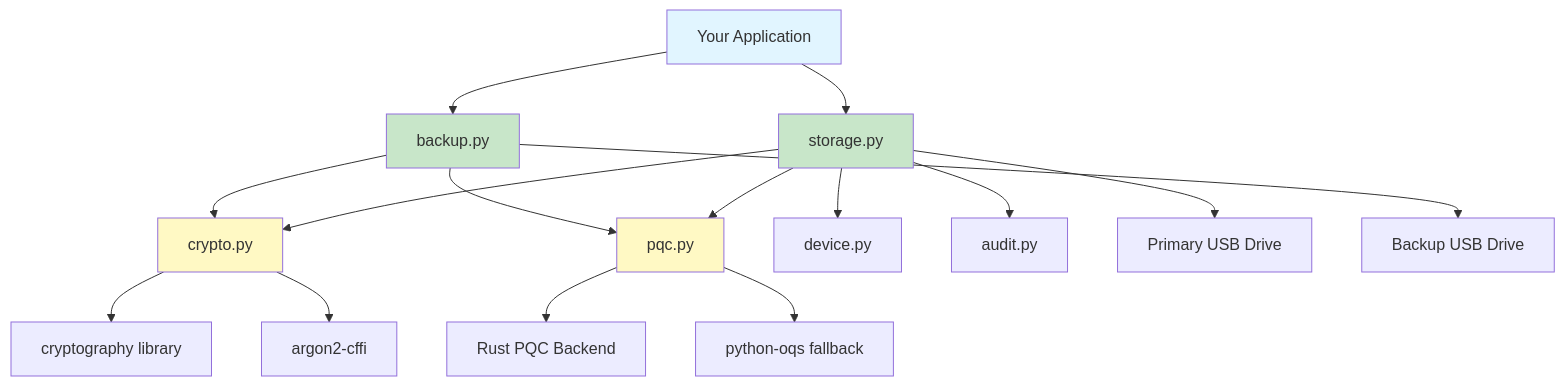
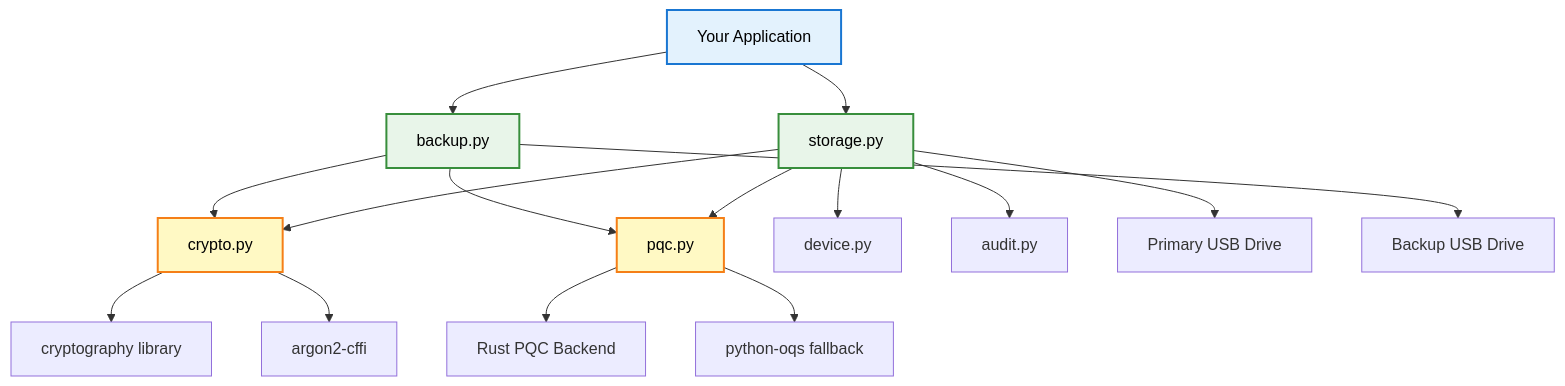
One commit to Johnsonajibi/PostQuantum-DualUSB-Token-Library changed the second of 13 diagrams in README.md. Above: the diagram before and after it, drawn with Mermaid. The commit also changed other lines of this file, not shown here.

First line of the commit message:
docs: Improve color contrast in all Mermaid diagrams

````diff
--- a/README.md
+++ b/README.md
@@ -268,29 +268,29 @@
 ```mermaid
 graph TB
     App[Your Application]
     App --> Storage[storage.py]
     App --> Backup[backup.py]
     
     Storage --> Crypto[crypto.py]
     Storage --> PQC[pqc.py]
     Storage --> Device[device.py]
     Storage --> Audit[audit.py]
     
     Backup --> Crypto
     Backup --> PQC
     
     Crypto --> CryptLib[cryptography library]
     Crypto --> Argon[argon2-cffi]
     
     PQC --> RustPQC[Rust PQC Backend]
     PQC --> OQS[python-oqs fallback]
     
     Storage --> Primary[Primary USB Drive]
     Backup --> BackupDrive[Backup USB Drive]
     
-    style App fill:#e1f5ff
-    style Storage fill:#c8e6c9
-    style Backup fill:#c8e6c9
-    style Crypto fill:#fff9c4
-    style PQC fill:#fff9c4
+    style App fill:#e3f2fd,stroke:#1976d2,stroke-width:2px,color:#000
+    style Storage fill:#e8f5e9,stroke:#388e3c,stroke-width:2px,color:#000
+    style Backup fill:#e8f5e9,stroke:#388e3c,stroke-width:2px,color:#000
+    style Crypto fill:#fff9c4,stroke:#f57f17,stroke-width:2px,color:#000
+    style PQC fill:#fff9c4,stroke:#f57f17,stroke-width:2px,color:#000
 ```
````
